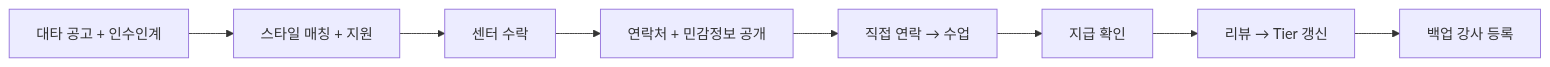
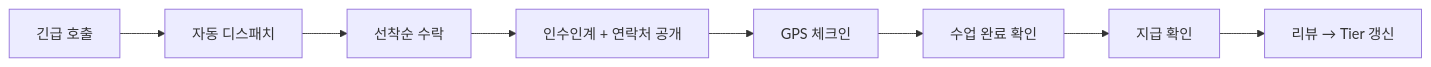
The first of 2 diagrams in README.md (MaduJoe/PilaMatch), drawn with Mermaid before and after one commit. The commit also changed other lines of this file and 3 other files, not shown here.

````diff
--- a/README.md
+++ b/README.md
@@ -65,10 +58,10 @@
 ```mermaid
 flowchart LR
-    A[대타 공고 + 인수인계] --> B[스타일 매칭 + 지원]
-    B --> C[센터 수락]
-    C --> D[연락처 + 민감정보 공개]
-    D --> E[직접 연락 → 수업]
-    E --> F[지급 확인]
-    F --> G[리뷰 → Tier 갱신]
-    G --> H[백업 강사 등록]
+    A[긴급 호출] --> B[자동 디스패치]
+    B --> C[선착순 수락]
+    C --> D[인수인계 + 연락처 공개]
+    D --> E[GPS 체크인]
+    E --> F[수업 완료 확인]
+    F --> G[지급 확인]
+    G --> H[리뷰 → Tier 갱신]
 ```
````
